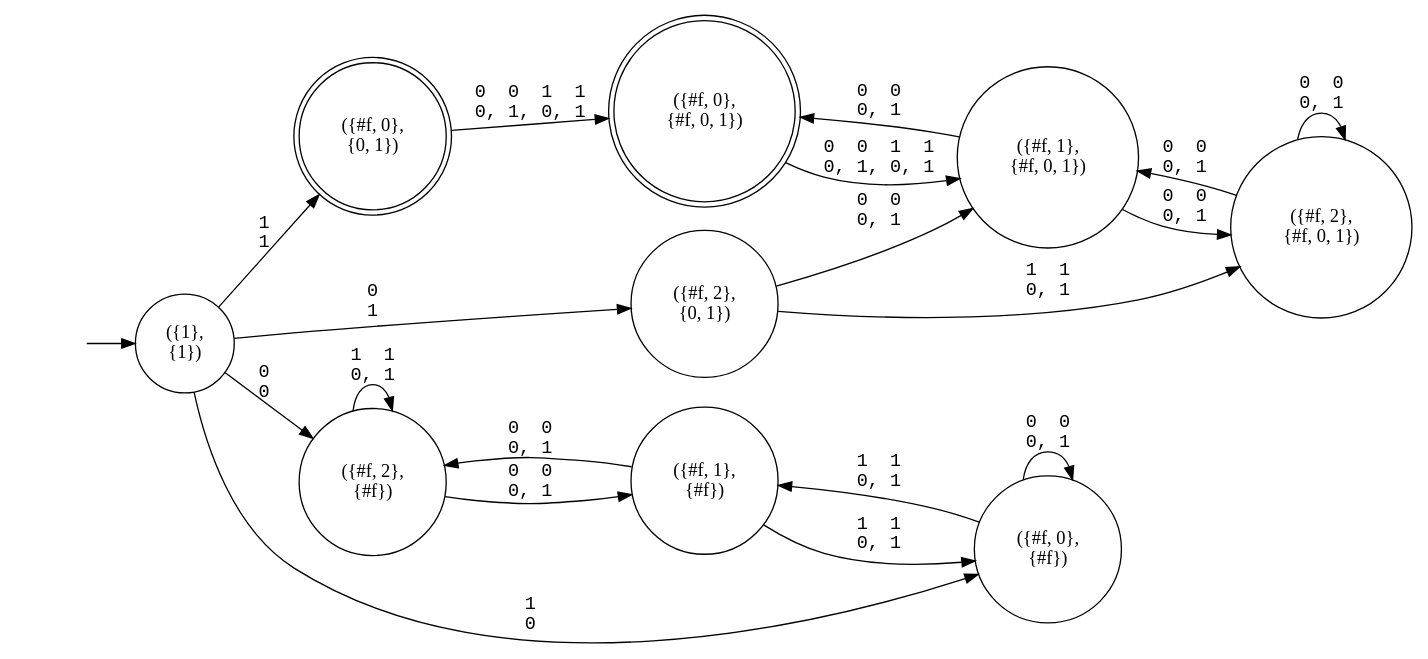
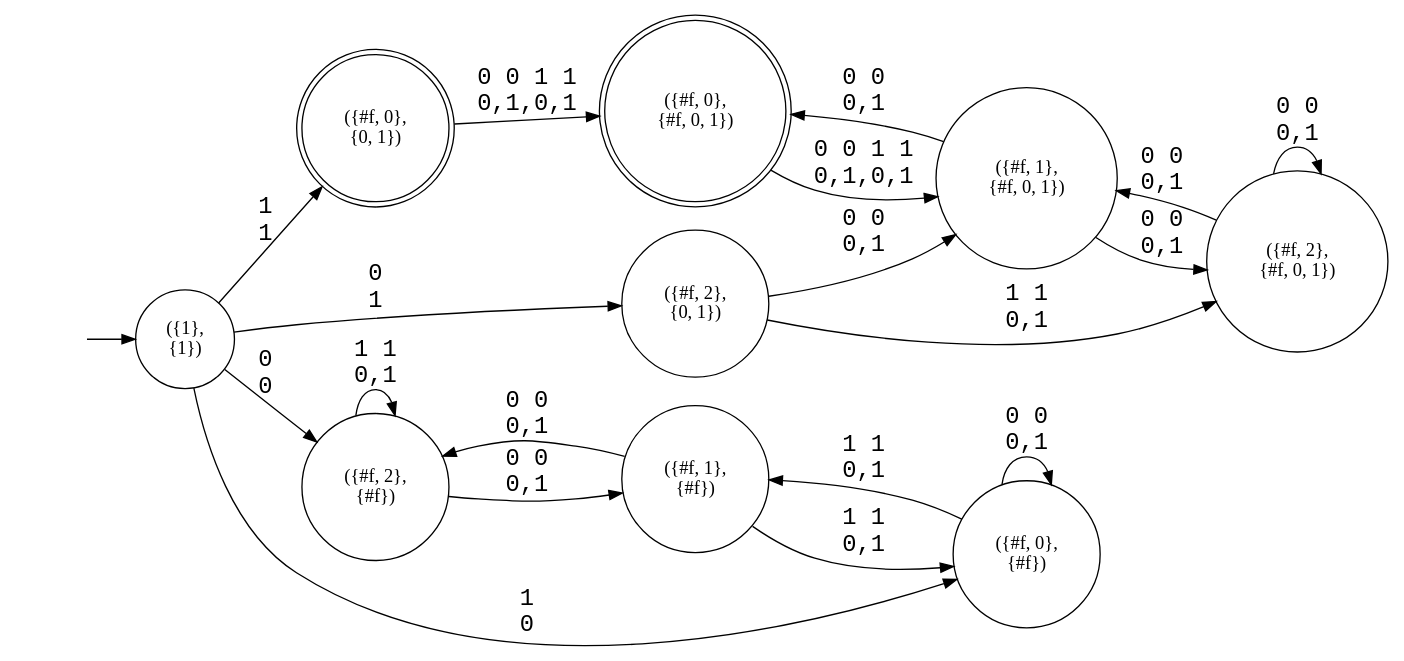
One commit to keisrk/automatic changed the diagram in scm/resources/conj_proj_mod3is1_x_odd_y.dot. Above: the diagram before and after it, drawn with Graphviz. The commit also changed 24 other files, not shown here.

```diff
--- a/scm/resources/conj_proj_mod3is1_x_odd_y.dot
+++ b/scm/resources/conj_proj_mod3is1_x_odd_y.dot
@@ -1,38 +1,39 @@
 // Conjunction
 digraph G {
 rankdir="LR";edge[fontname=Courier];
 node[shape=circle];
+edge[fontsize=18];
 "#entry#"[shape=none label=""];
 "({#f, 0},\n {0, 1})"[shape=doublecircle];
 "({#f, 0},\n {#f, 0, 1})"[shape=doublecircle];
 
 "#entry#"->"({1},\n {1})"
 
 "({1},\n {1})"->"({#f, 2},\n {#f})"[label="0\n0"];
 "({1},\n {1})"->"({#f, 2},\n {0, 1})"[label="0\n1"];
 "({1},\n {1})"->"({#f, 0},\n {#f})"[label="1\n0"];
 "({1},\n {1})"->"({#f, 0},\n {0, 1})"[label="1\n1"];
 
-"({#f, 2},\n {#f})"->"({#f, 1},\n {#f})"[label="0  0\n0, 1"];
-"({#f, 2},\n {#f})"->"({#f, 2},\n {#f})"[label="1  1\n0, 1"];
+"({#f, 2},\n {#f})"->"({#f, 1},\n {#f})"[label="0 0\n0,1"];
+"({#f, 2},\n {#f})"->"({#f, 2},\n {#f})"[label="1 1\n0,1"];
 
-"({#f, 2},\n {0, 1})"->"({#f, 1},\n {#f, 0, 1})"[label="0  0\n0, 1"];
-"({#f, 2},\n {0, 1})"->"({#f, 2},\n {#f, 0, 1})"[label="1  1\n0, 1"];
+"({#f, 2},\n {0, 1})"->"({#f, 1},\n {#f, 0, 1})"[label="0 0\n0,1"];
+"({#f, 2},\n {0, 1})"->"({#f, 2},\n {#f, 0, 1})"[label="1 1\n0,1"];
 
-"({#f, 0},\n {#f})"->"({#f, 0},\n {#f})"[label="0  0\n0, 1"];
-"({#f, 0},\n {#f})"->"({#f, 1},\n {#f})"[label="1  1\n0, 1"];
+"({#f, 0},\n {#f})"->"({#f, 0},\n {#f})"[label="0 0\n0,1"];
+"({#f, 0},\n {#f})"->"({#f, 1},\n {#f})"[label="1 1\n0,1"];
 
-"({#f, 0},\n {0, 1})"->"({#f, 0},\n {#f, 0, 1})"[label="0  0  1  1\n0, 1, 0, 1"];
+"({#f, 0},\n {0, 1})"->"({#f, 0},\n {#f, 0, 1})"[label="0 0 1 1\n0,1,0,1"];
 
-"({#f, 1},\n {#f})"->"({#f, 2},\n {#f})"[label="0  0\n0, 1"];
-"({#f, 1},\n {#f})"->"({#f, 0},\n {#f})"[label="1  1\n0, 1"];
+"({#f, 1},\n {#f})"->"({#f, 2},\n {#f})"[label="0 0\n0,1"];
+"({#f, 1},\n {#f})"->"({#f, 0},\n {#f})"[label="1 1\n0,1"];
 
-"({#f, 1},\n {#f, 0, 1})"->"({#f, 2},\n {#f, 0, 1})"[label="0  0\n0, 1"];
-"({#f, 1},\n {#f, 0, 1})"->"({#f, 0},\n {#f, 0, 1})"[label="0  0\n0, 1"];
+"({#f, 1},\n {#f, 0, 1})"->"({#f, 2},\n {#f, 0, 1})"[label="0 0\n0,1"];
+"({#f, 1},\n {#f, 0, 1})"->"({#f, 0},\n {#f, 0, 1})"[label="0 0\n0,1"];
 
-"({#f, 2},\n {#f, 0, 1})"->"({#f, 1},\n {#f, 0, 1})"[label="0  0\n0, 1"];
-"({#f, 2},\n {#f, 0, 1})"->"({#f, 2},\n {#f, 0, 1})"[label="0  0\n0, 1"];
+"({#f, 2},\n {#f, 0, 1})"->"({#f, 1},\n {#f, 0, 1})"[label="0 0\n0,1"];
+"({#f, 2},\n {#f, 0, 1})"->"({#f, 2},\n {#f, 0, 1})"[label="0 0\n0,1"];
 
-"({#f, 0},\n {#f, 0, 1})"->"({#f, 1},\n {#f, 0, 1})"[label="0  0  1  1\n0, 1, 0, 1"];
+"({#f, 0},\n {#f, 0, 1})"->"({#f, 1},\n {#f, 0, 1})"[label="0 0 1 1\n0,1,0,1"];
 
 }
```
